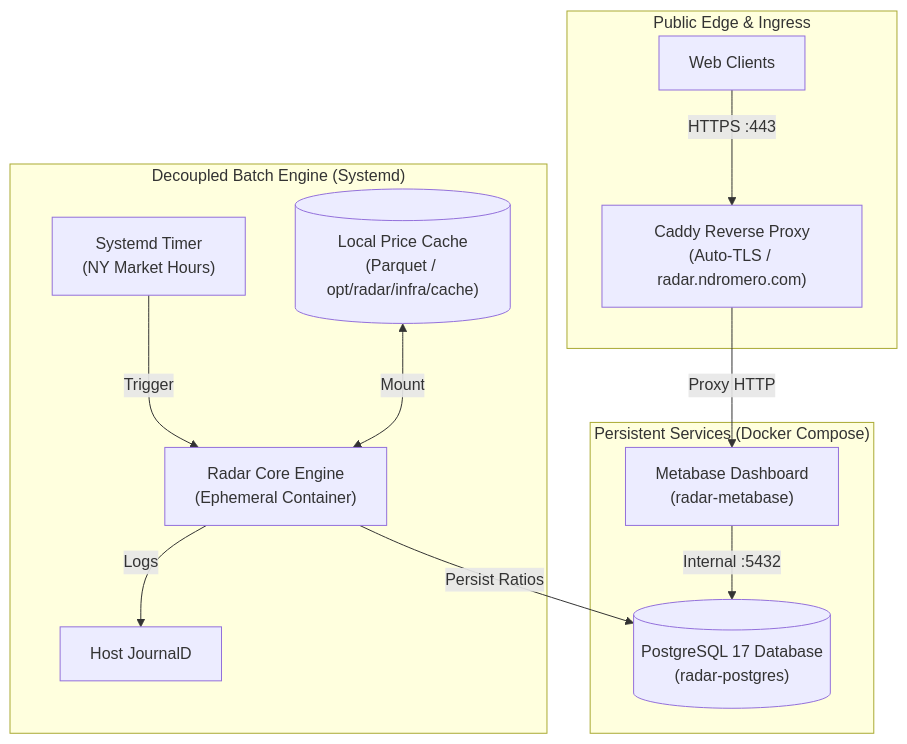
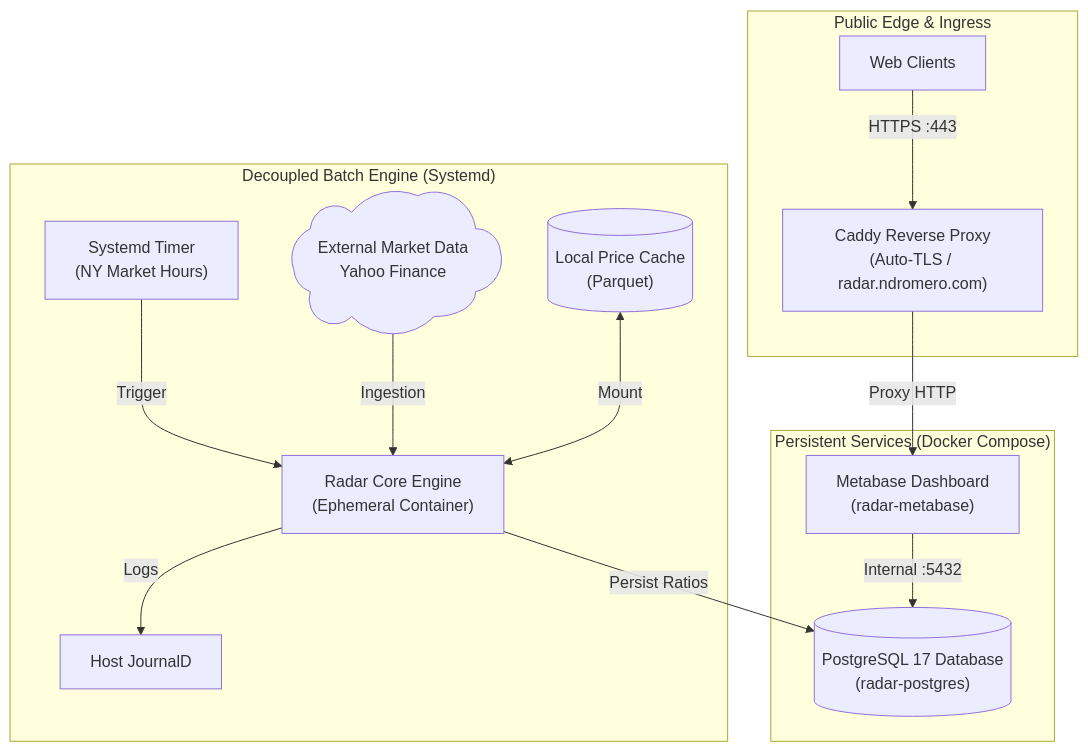
One commit to NestorDR/radar-infra changed the diagram in README.md. Above: the diagram before and after it, drawn with Mermaid.

Commit message:
Update README.md to reflect the market data ingestion

````diff
--- a/README.md
+++ b/README.md
@@ -64,18 +64,19 @@
 ```mermaid
 flowchart TD
     subgraph Ingress ["Public Edge & Ingress"]
         Client["Web Clients"] -->|HTTPS :443| Caddy["Caddy Reverse Proxy<br>(Auto-TLS / radar.ndromero.com)"]
     end
 
     subgraph Compose ["Persistent Services (Docker Compose)"]
         Caddy -->|Proxy HTTP| Metabase["Metabase Dashboard<br>(radar-metabase)"]
         Metabase -->|Internal :5432| Postgres[("PostgreSQL 17 Database<br>(radar-postgres)")]
     end
 
     subgraph Batch ["Decoupled Batch Engine (Systemd)"]
         Timer["Systemd Timer<br>(NY Market Hours)"] -->|Trigger| RadarCore["Radar Core Engine<br>(Ephemeral Container)"]
-        Cache[("Local Price Cache<br>(Parquet / opt/radar/infra/cache)")] <-->|Mount| RadarCore
+        YF@{shape: cloud, label: "External Market Data<br>Yahoo Finance"} -->|Ingestion| RadarCore
+        Cache[("Local Price Cache<br>(Parquet)")] <-->|Mount| RadarCore
         RadarCore -->|Persist Ratios| Postgres
         RadarCore -->|Logs| JournalD["Host JournalD"]
     end
 ```
````
